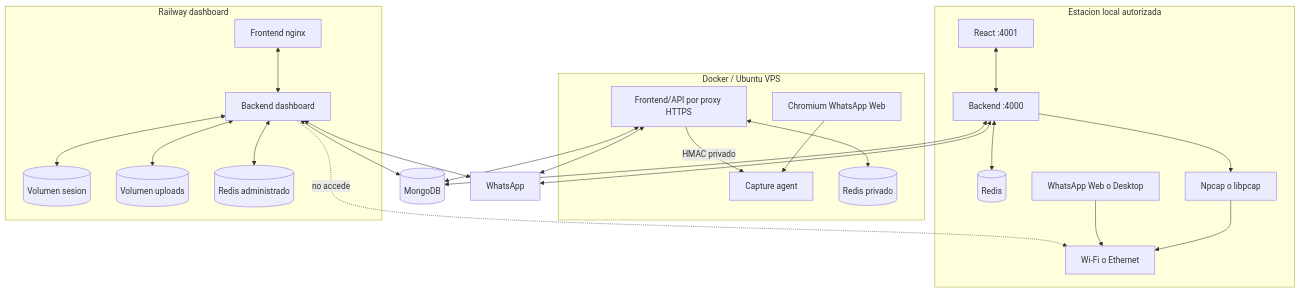
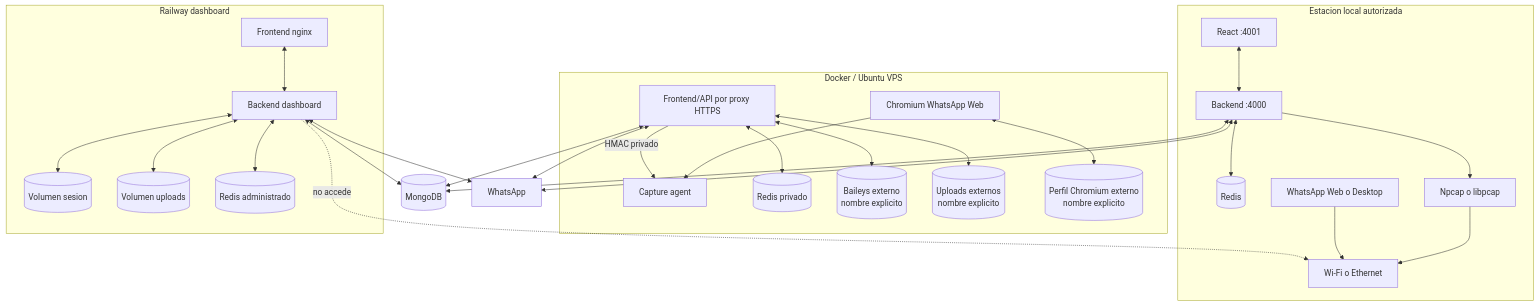
The diagram in docs/diagrams/03-deployment-topologies.md (deco31416/wp-monitor), drawn with Mermaid before and after one commit. The commit also changed other lines of this file and 17 other files, not shown here.

````diff
--- a/docs/diagrams/03-deployment-topologies.md
+++ b/docs/diagrams/03-deployment-topologies.md
@@ -7,49 +7,55 @@
 ```mermaid
 flowchart TB
     subgraph Workstation[Estacion local autorizada]
       LocalUI[React :4001]
       LocalAPI[Backend :4000]
       LocalRedis[(Redis)]
       Driver[Npcap o libpcap]
       NIC[Wi-Fi o Ethernet]
       Desktop[WhatsApp Web o Desktop]
       LocalUI <--> LocalAPI
       LocalAPI <--> LocalRedis
       LocalAPI --> Driver --> NIC
       Desktop --> NIC
     end
 
 
     subgraph VPS[Docker / Ubuntu VPS]
       VpsUI[Frontend/API por proxy HTTPS]
       Browser[Chromium WhatsApp Web]
       Agent[Capture agent]
       VpsRedis[(Redis privado)]
+      VpsAuth[(Baileys externo\nnombre explicito)]
+      VpsUploads[(Uploads externos\nnombre explicito)]
+      VpsProfile[(Perfil Chromium externo\nnombre explicito)]
       Browser --> Agent
       VpsUI -->|HMAC privado| Agent
       VpsUI <--> VpsRedis
+      VpsUI <--> VpsAuth
+      VpsUI <--> VpsUploads
+      Browser <--> VpsProfile
     end
 
     subgraph Cloud[Railway dashboard]
       CloudUI[Frontend nginx]
       CloudAPI[Backend dashboard]
       AuthVolume[(Volumen sesion)]
       UploadVolume[(Volumen uploads)]
       CloudRedis[(Redis administrado)]
       CloudUI <--> CloudAPI
       CloudAPI <--> AuthVolume
       CloudAPI <--> UploadVolume
       CloudAPI <--> CloudRedis
     end
 
     Mongo[(MongoDB)]
     WA[WhatsApp]
 
     LocalAPI <--> Mongo
     CloudAPI <--> Mongo
     LocalAPI <--> WA
     CloudAPI <--> WA
     VpsUI <--> Mongo
     VpsUI <--> WA
     CloudAPI -. no accede .-> NIC
 ```
````
